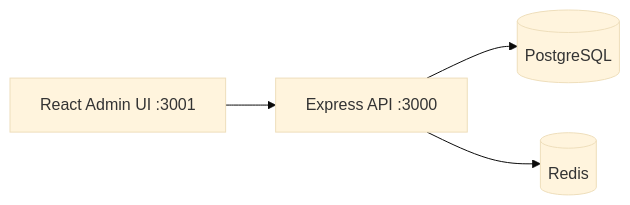
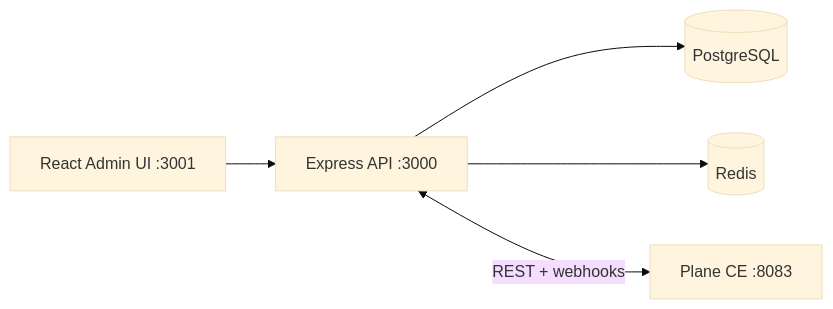
Before and after one commit to 1Touch-dev/claude-skill-agent: the diagram in README.md, drawn with Mermaid (base theme). The commit also changed other lines of this file and 7 other files, not shown here.

````diff
--- a/README.md
+++ b/README.md
@@ -33,10 +37,12 @@
 ```mermaid
 flowchart LR
   UI[React Admin UI :3001]
   API[Express API :3000]
   DB[(PostgreSQL)]
   RD[(Redis)]
+  PM[Plane CE :8083]
   UI --> API
   API --> DB
   API --> RD
+  API <-->|REST + webhooks| PM
 ```
````
